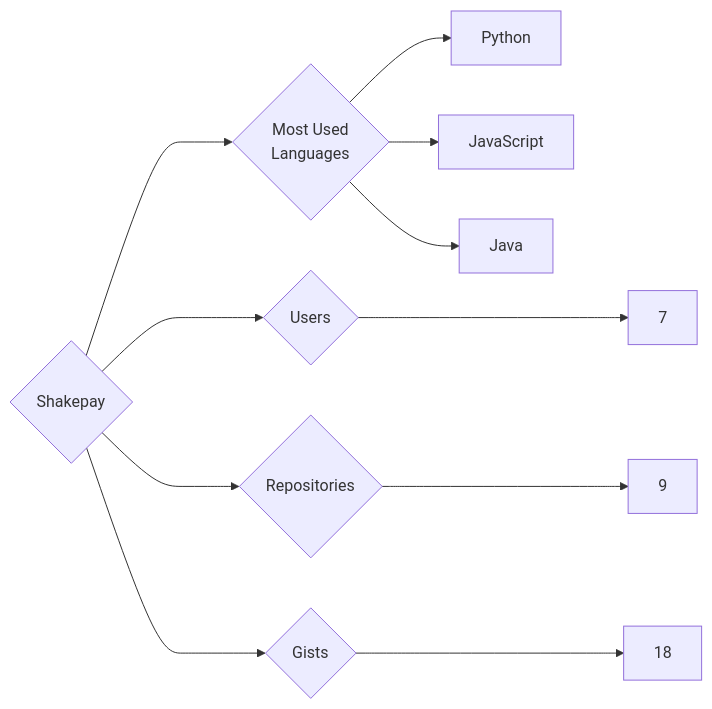
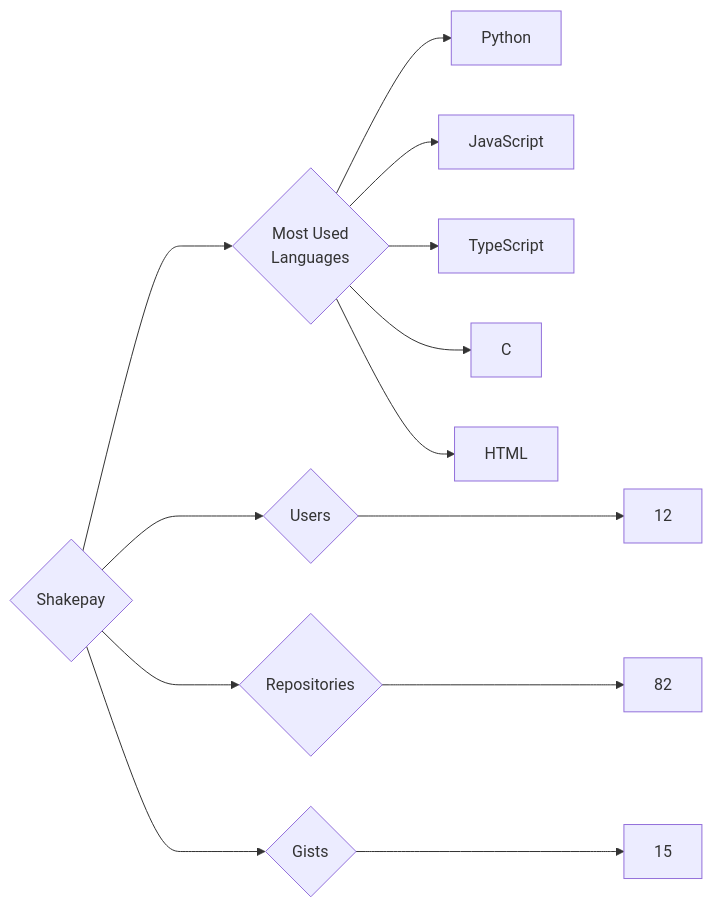
Before and after one commit to trickest/insiders: the diagram in targets/Shakepay/README.md, drawn with Mermaid. The commit also changed 1484 other files, not shown here.

````diff
--- a/targets/Shakepay/README.md
+++ b/targets/Shakepay/README.md
@@ -3,11 +3,13 @@
 ```mermaid
 graph LR
 COMPANY_NAME{Shakepay}
-COMPANY_NAME ---> U{Users} ---> UN[7]
-COMPANY_NAME ---> R{Repositories} ---> RN[9]
-COMPANY_NAME ---> G{Gists} ---> GN[18]
+COMPANY_NAME ---> U{Users} ---> UN[12]
+COMPANY_NAME ---> R{Repositories} ---> RN[82]
+COMPANY_NAME ---> G{Gists} ---> GN[15]
 COMPANY_NAME ---> ML{Most Used<br>Languages}
 ML --> Python[Python]
 ML --> JavaScript[JavaScript]
-ML --> Java[Java]
+ML --> TypeScript[TypeScript]
+ML --> C[C]
+ML --> HTML[HTML]
 ```
````
